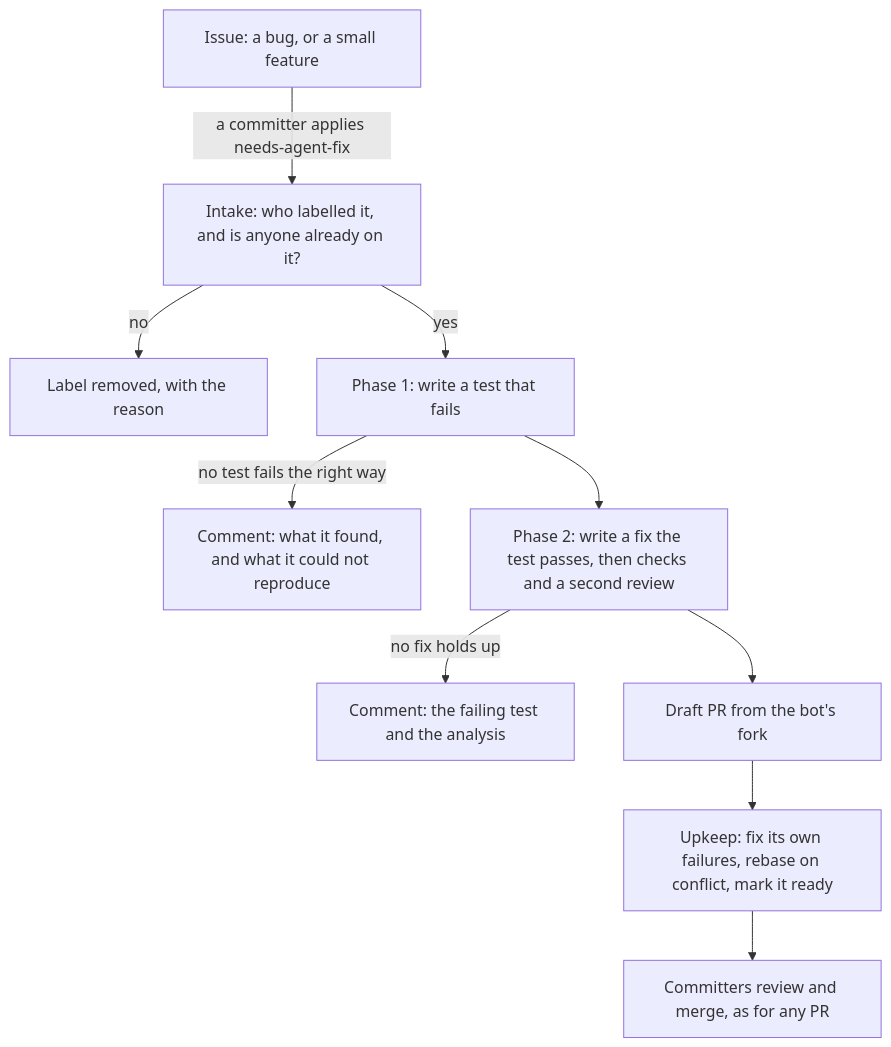
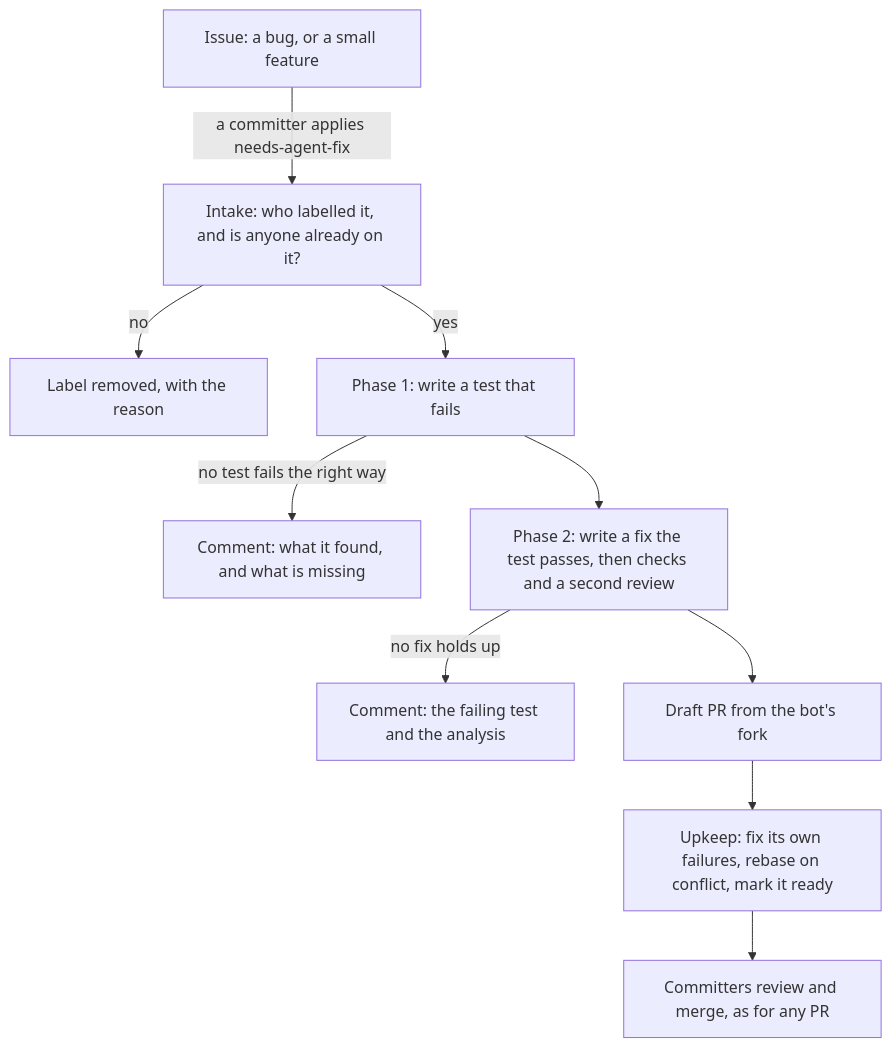
Before and after one commit to sarthakaggarwal97/valkey-ci-agent: the first of 5 diagrams in docs/design/software-factory.md, drawn with Mermaid. The commit also changed other lines of this file, not shown here.

````diff
--- a/docs/design/software-factory.md
+++ b/docs/design/software-factory.md
@@ -12,12 +12,12 @@
 ```mermaid
 flowchart TD
     A["Issue: a bug, or a small feature"] -->|"a committer applies needs-agent-fix"| B["Intake: who labelled it, and is anyone already on it?"]
     B -->|"no"| X["Label removed, with the reason"]
     B -->|"yes"| C["Phase 1: write a test that fails"]
-    C -->|"no test fails the right way"| D["Comment: what it found, and what it could not reproduce"]
+    C -->|"no test fails the right way"| D["Comment: what it found, and what is missing"]
     C --> E["Phase 2: write a fix the test passes, then checks and a second review"]
     E -->|"no fix holds up"| F["Comment: the failing test and the analysis"]
     E --> G["Draft PR from the bot's fork"]
     G --> H["Upkeep: fix its own failures, rebase on conflict, mark it ready"]
     H --> I["Committers review and merge, as for any PR"]
 ```
````
